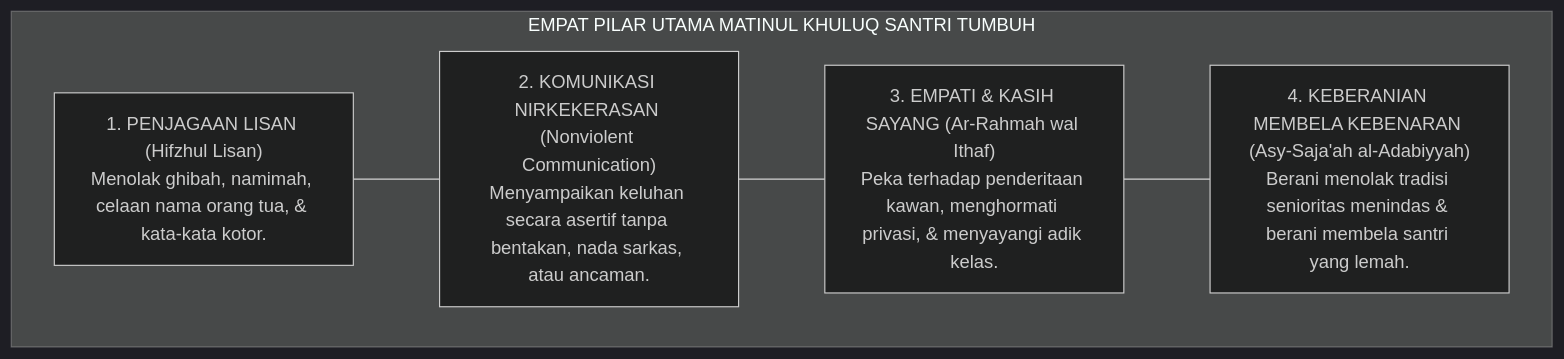
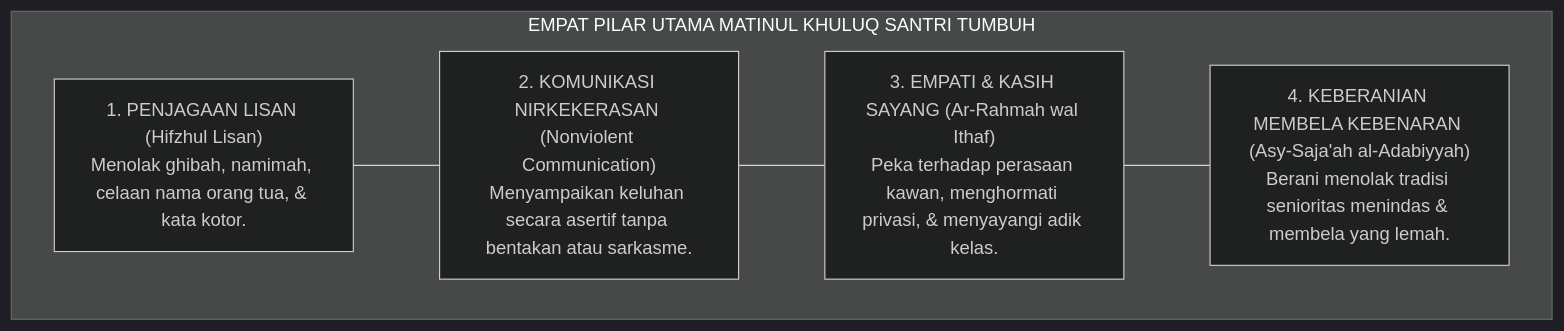
The tenth of 47 diagrams in BOOK-SERIES/Volume-02/Buku-Volume-02-Taksonomi-Kapasitas-dan-10-Profil-Karakter.md (wandiapriliyandi/tumbuh), drawn with Mermaid (dark theme) before and after one commit. The commit also changed other lines of this file and 27 other files, not shown here.

````diff
--- a/BOOK-SERIES/Volume-02/Buku-Volume-02-Taksonomi-Kapasitas-dan-10-Profil-Karakter.md
+++ b/BOOK-SERIES/Volume-02/Buku-Volume-02-Taksonomi-Kapasitas-dan-10-Profil-Karakter.md
@@ -728,14 +574,14 @@
 ```mermaid
 graph TD
     subgraph PilarAkhlak["EMPAT PILAR UTAMA MATINUL KHULUQ SANTRI TUMBUH"]
-        A1["1. PENJAGAAN LISAN (Hifzhul Lisan)<br/>Menolak ghibah, namimah, celaan nama orang tua, & kata-kata kotor."]
+        A1["1. PENJAGAAN LISAN (Hifzhul Lisan)<br/>Menolak ghibah, namimah, celaan nama orang tua, & kata kotor."]
         
-        A2["2. KOMUNIKASI NIRKEKERASAN (Nonviolent Communication)<br/>Menyampaikan keluhan secara asertif tanpa bentakan, nada sarkas, atau ancaman."]
+        A2["2. KOMUNIKASI NIRKEKERASAN (Nonviolent Communication)<br/>Menyampaikan keluhan secara asertif tanpa bentakan atau sarkasme."]
         
-        A3["3. EMPATI & KASIH SAYANG (Ar-Rahmah wal Ithaf)<br/>Peka terhadap penderitaan kawan, menghormati privasi, & menyayangi adik kelas."]
+        A3["3. EMPATI & KASIH SAYANG (Ar-Rahmah wal Ithaf)<br/>Peka terhadap perasaan kawan, menghormati privasi, & menyayangi adik kelas."]
         
-        A4["4. KEBERANIAN MEMBELA KEBENARAN (Asy-Saja'ah al-Adabiyyah)<br/>Berani menolak tradisi senioritas menindas & berani membela santri yang lemah."]
+        A4["4. KEBERANIAN MEMBELA KEBENARAN (Asy-Saja'ah al-Adabiyyah)<br/>Berani menolak tradisi senioritas menindas & membela yang lemah."]
         
         A1 --- A2 --- A3 --- A4
     end
 ```
````
